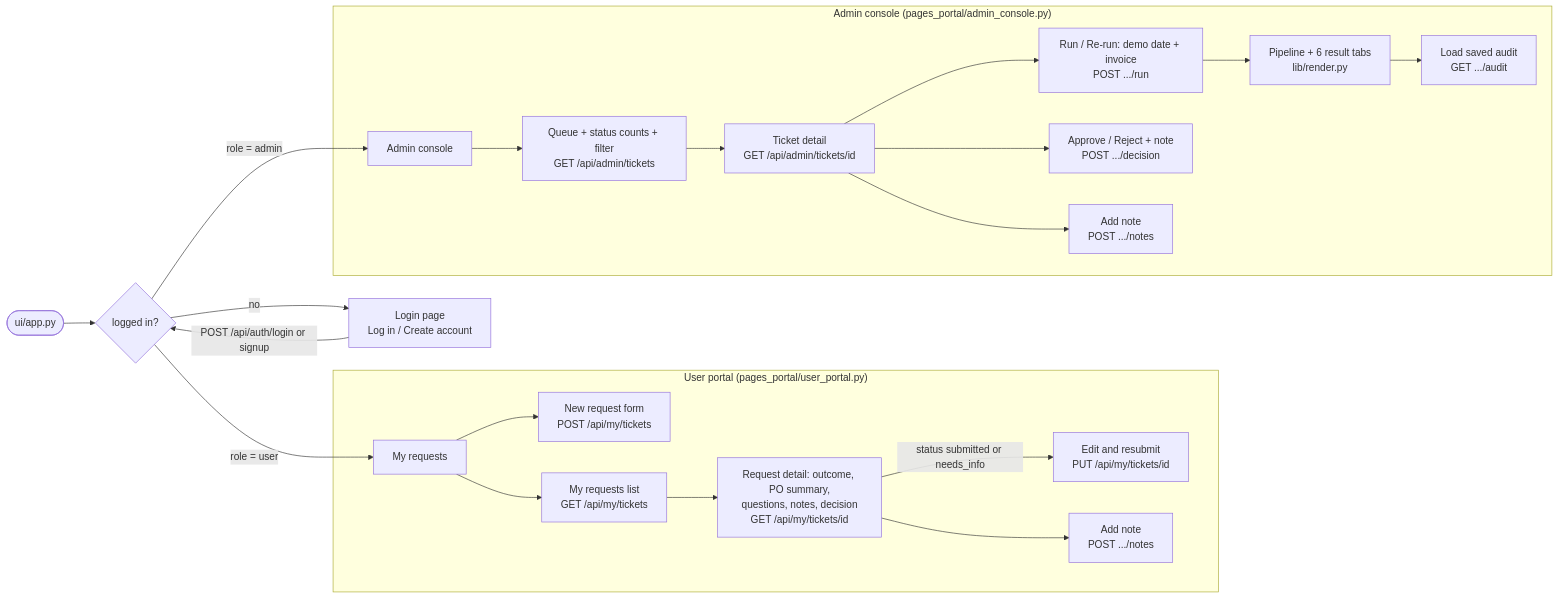
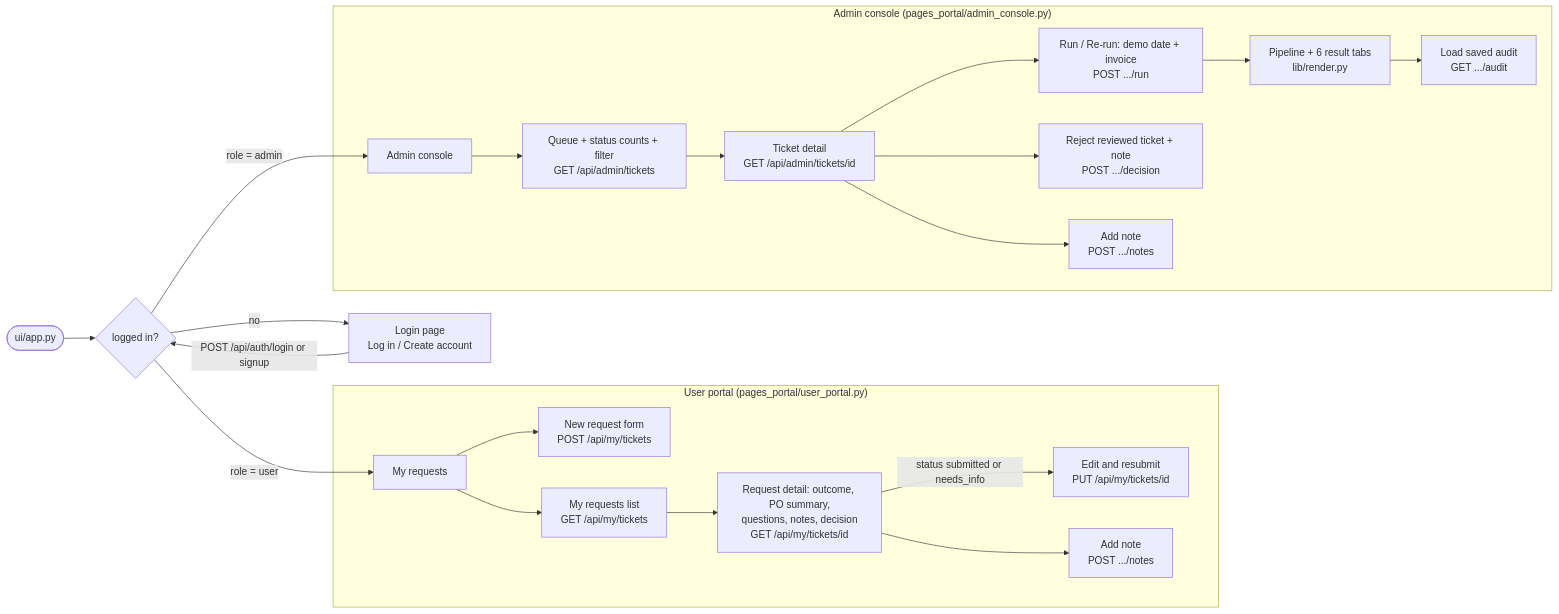
One commit to Sinha28Shivam/Singularity_Squad changed the fifth of 10 diagrams in Docs/flow.md. Above: the diagram before and after it, drawn with Mermaid. The commit also changed other lines of this file and 40 other files, not shown here.

````diff
--- a/Docs/flow.md
+++ b/Docs/flow.md
@@ -495,26 +502,26 @@
 ```mermaid
 flowchart LR
     START([ui/app.py]) --> AUTHQ{logged in?}
     AUTHQ -->|no| LOGIN[Login page<br/>Log in / Create account]
     LOGIN -->|POST /api/auth/login or signup| AUTHQ
     AUTHQ -->|role = user| UP[My requests]
     AUTHQ -->|role = admin| AC[Admin console]
 
     subgraph USER["User portal (pages_portal/user_portal.py)"]
         UP --> NEW[New request form<br/>POST /api/my/tickets]
         UP --> LIST[My requests list<br/>GET /api/my/tickets]
         LIST --> DET[Request detail: outcome, PO summary,<br/>questions, notes, decision<br/>GET /api/my/tickets/id]
         DET -->|status submitted or needs_info| EDIT[Edit and resubmit<br/>PUT /api/my/tickets/id]
         DET --> UNOTE[Add note<br/>POST .../notes]
     end
 
     subgraph ADMIN["Admin console (pages_portal/admin_console.py)"]
         AC --> Q[Queue + status counts + filter<br/>GET /api/admin/tickets]
         Q --> AD[Ticket detail<br/>GET /api/admin/tickets/id]
         AD --> RUN[Run / Re-run: demo date + invoice<br/>POST .../run]
         RUN --> TABS[Pipeline + 6 result tabs<br/>lib/render.py]
-        AD --> DEC[Approve / Reject + note<br/>POST .../decision]
+        AD --> DEC[Reject reviewed ticket + note<br/>POST .../decision]
         AD --> ANOTE[Add note<br/>POST .../notes]
         TABS --> AUD[Load saved audit<br/>GET .../audit]
     end
 ```
````
